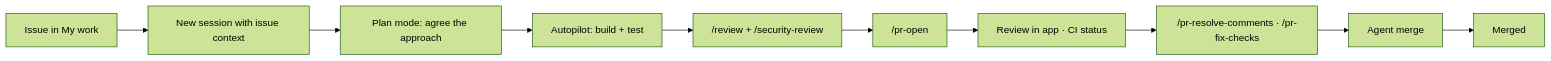
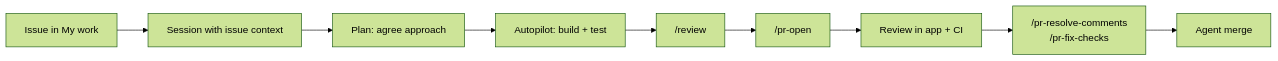
The diagram in labs/copilot-app-zero-to-hero.md (devopsjester/copilot-academy.github.io), drawn with Mermaid (forest theme) before and after one commit. The commit also changed other lines of this file and 1 other file, not shown here.

First line of the commit message:
Reshape Copilot App lab to mirror the CLI lab, fix accuracy issues

````diff
--- a/labs/copilot-app-zero-to-hero.md
+++ b/labs/copilot-app-zero-to-hero.md
@@ -715,12 +548,11 @@
 ```mermaid
 flowchart LR
-    A[Issue in My work] --> B[New session with issue context]
-    B --> C[Plan mode: agree the approach]
+    A[Issue in My work] --> B[Session with issue context]
+    B --> C[Plan: agree approach]
     C --> D[Autopilot: build + test]
-    D --> E["/review + /security-review"]
+    D --> E["/review"]
     E --> F["/pr-open"]
-    F --> G[Review in app · CI status]
-    G --> H["/pr-resolve-comments · /pr-fix-checks"]
+    F --> G[Review in app + CI]
+    G --> H["/pr-resolve-comments<br/>/pr-fix-checks"]
     H --> I[Agent merge]
-    I --> J[Merged]
 ```
````
